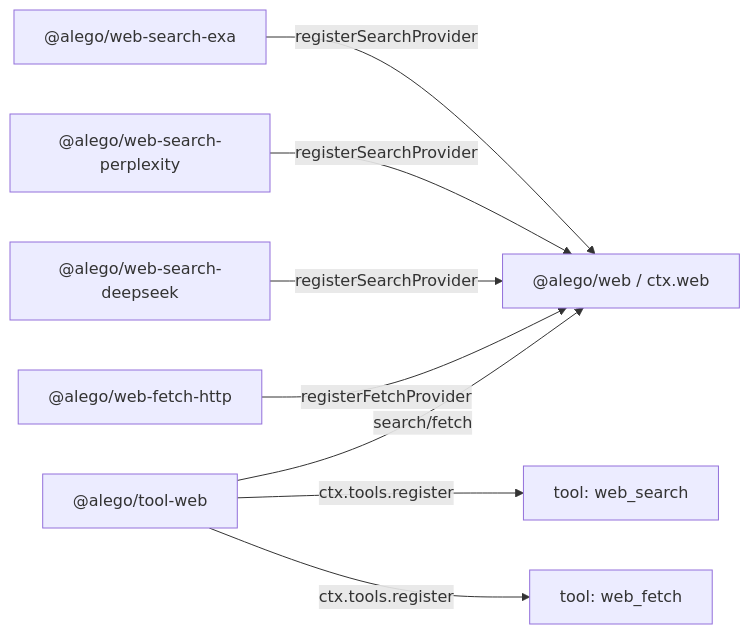
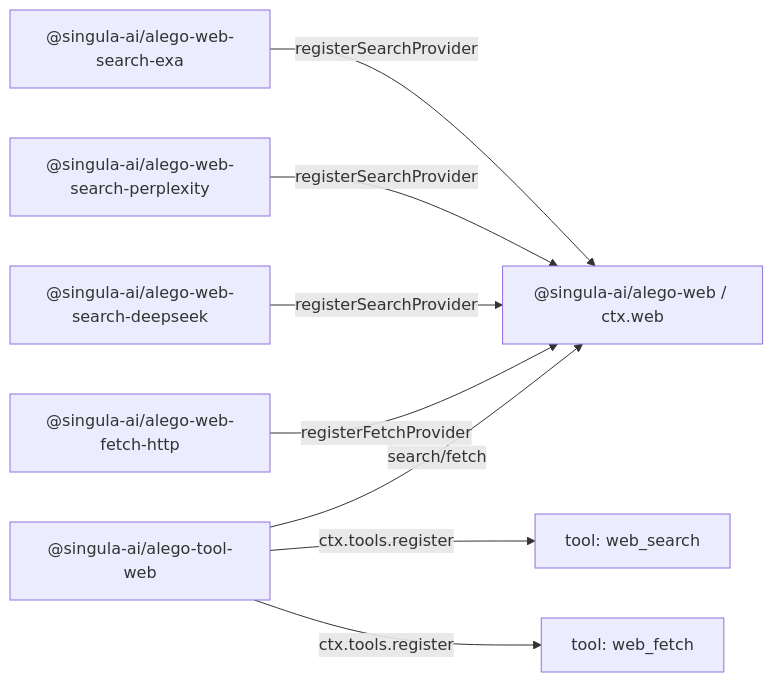
One commit to singula-ai/alego changed the diagram in .agents/notes/implemented/architecture/2026-06-24-web-capability-seam.md. Above: the diagram before and after it, drawn with Mermaid. The commit also changed other lines of this file and 4140 other files, not shown here.

First line of the commit message:
Move the npm scope to the company: @singula-ai/alego-<name>

````diff
--- a/.agents/notes/implemented/architecture/2026-06-24-web-capability-seam.md
+++ b/.agents/notes/implemented/architecture/2026-06-24-web-capability-seam.md
@@ -58,10 +58,10 @@
 ```mermaid
 flowchart LR
-  exa["@alego/web-search-exa"] -->|registerSearchProvider| web["@alego/web / ctx.web"]
-  perplexity["@alego/web-search-perplexity"] -->|registerSearchProvider| web
-  deepseek["@alego/web-search-deepseek"] -->|registerSearchProvider| web
-  fetchLocal["@alego/web-fetch-http"] -->|registerFetchProvider| web
-  toolWeb["@alego/tool-web"] -->|search/fetch| web
+  exa["@singula-ai/alego-web-search-exa"] -->|registerSearchProvider| web["@singula-ai/alego-web / ctx.web"]
+  perplexity["@singula-ai/alego-web-search-perplexity"] -->|registerSearchProvider| web
+  deepseek["@singula-ai/alego-web-search-deepseek"] -->|registerSearchProvider| web
+  fetchLocal["@singula-ai/alego-web-fetch-http"] -->|registerFetchProvider| web
+  toolWeb["@singula-ai/alego-tool-web"] -->|search/fetch| web
   toolWeb -->|ctx.tools.register| webSearch["tool: web_search"]
   toolWeb -->|ctx.tools.register| webFetch["tool: web_fetch"]
 ```
````
